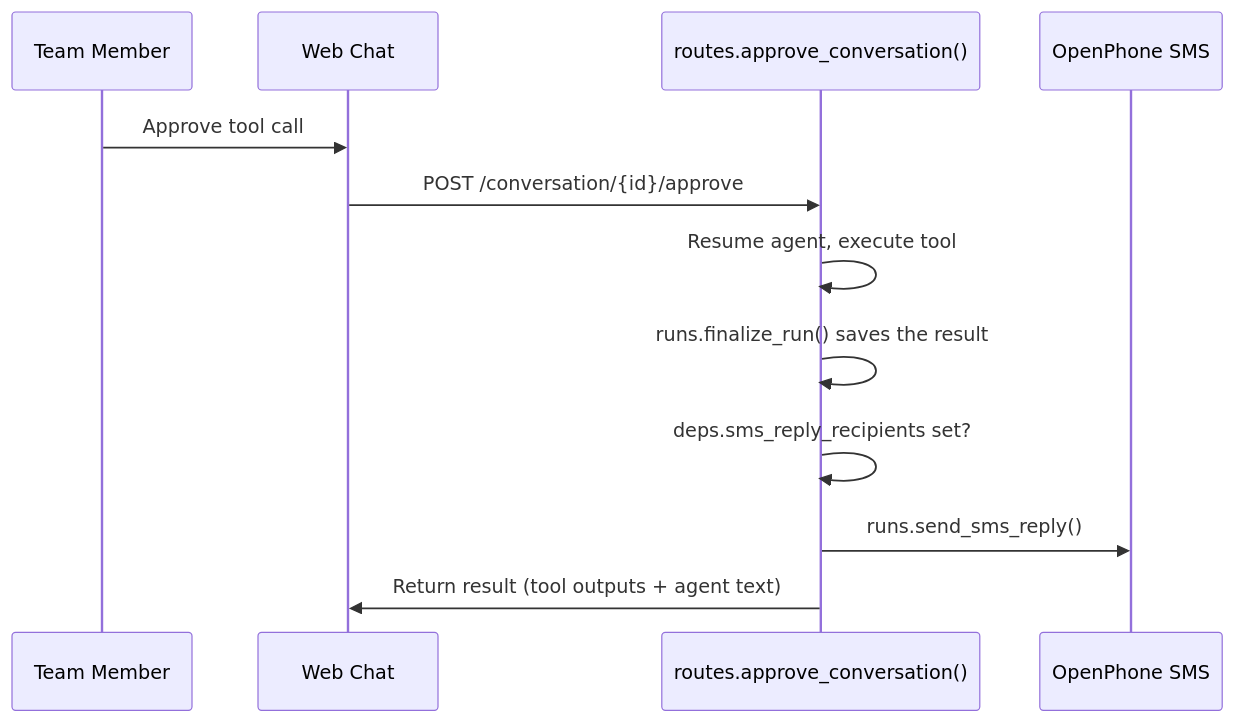
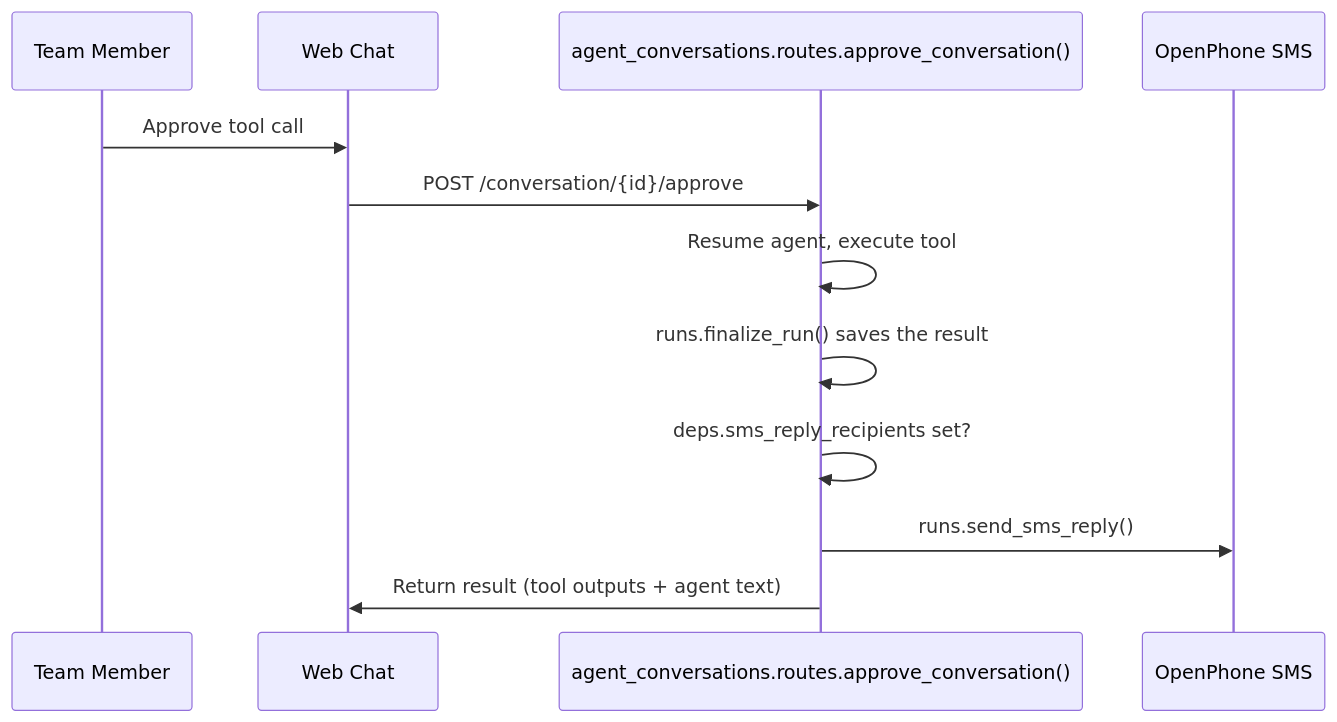
One commit to EmilioEsposito/portfolio changed the third of 3 diagrams in api/src/sernia_ai/triggers/README.md. Above: the diagram before and after it, drawn with Mermaid. The commit also changed other lines of this file and 24 other files, not shown here.

Commit message:
Extract shared Sernia conversation routes and approval dispatch

````diff
--- a/api/src/sernia_ai/triggers/README.md
+++ b/api/src/sernia_ai/triggers/README.md
@@ -98,15 +98,15 @@
 ```mermaid
 sequenceDiagram
     participant User as Team Member
     participant Web as Web Chat
-    participant API as routes.approve_conversation()
+    participant API as agent_conversations.routes.approve_conversation()
     participant SMS as OpenPhone SMS
 
     User->>Web: Approve tool call
     Web->>API: POST /conversation/{id}/approve
     API->>API: Resume agent, execute tool
     API->>API: runs.finalize_run() saves the result
     API->>API: deps.sms_reply_recipients set?
     API->>SMS: runs.send_sms_reply()
     API->>Web: Return result (tool outputs + agent text)
 ```
````
